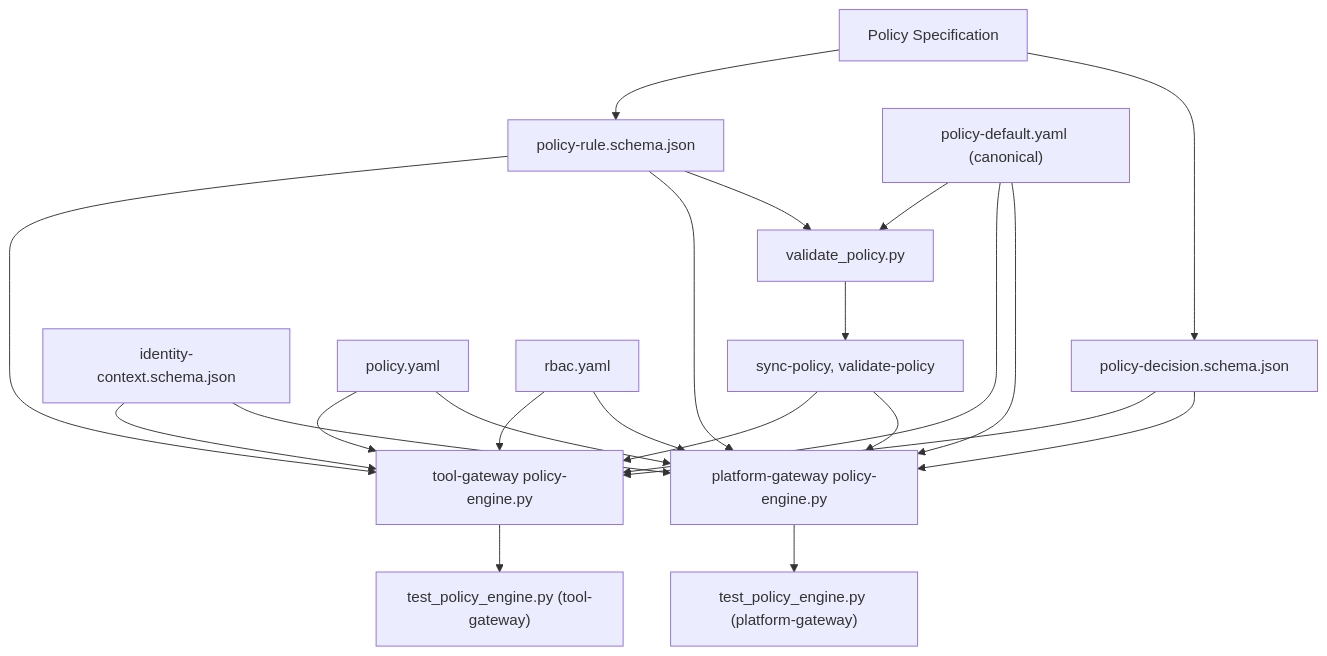
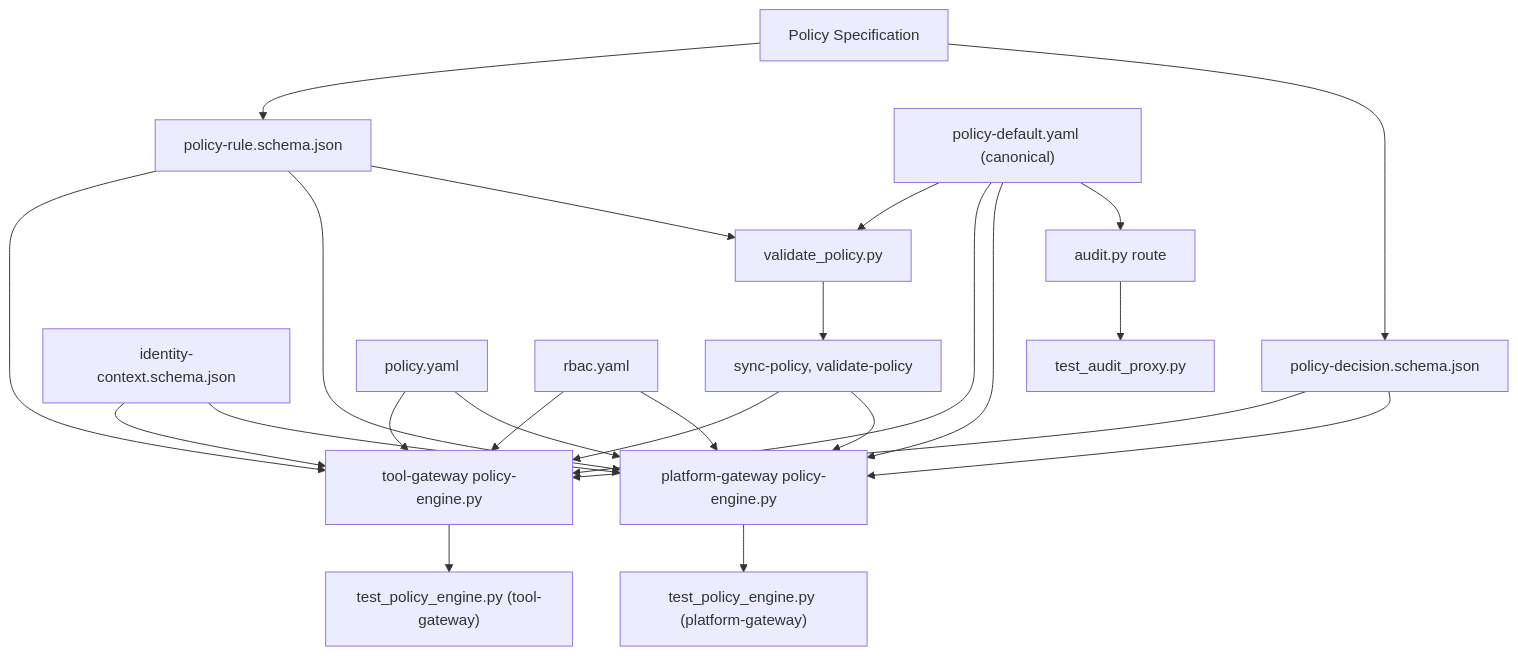
Before and after one commit to metasync/luban-aiops: the fifth of 5 diagrams in .qoder/repowiki/en/content/Policy Management/Policy Management.md, drawn with Mermaid. The commit also changed other lines of this file and 48 other files, not shown here.

````diff
--- a/.qoder/repowiki/en/content/Policy Management/Policy Management.md
+++ b/.qoder/repowiki/en/content/Policy Management/Policy Management.md
@@ -394,37 +463,41 @@
 ```mermaid
 graph TB
 POLICY_SPEC["Policy Specification"]
 RULE_SCHEMA["policy-rule.schema.json"]
 DECISION_SCHEMA["policy-decision.schema.json"]
 IDENTITY_SCHEMA["identity-context.schema.json"]
 ENGINE_TOOL["tool-gateway policy-engine.py"]
 ENGINE_PLATFORM["platform-gateway policy-engine.py"]
 DEFAULT_YAML["policy-default.yaml (canonical)"]
 TEST_TOOL["test_policy_engine.py (tool-gateway)"]
 TEST_PLATFORM["test_policy_engine.py (platform-gateway)"]
+TEST_AUDIT["test_audit_proxy.py"]
 K8S_POLICY["policy.yaml"]
 K8S_RBAC["rbac.yaml"]
 VALIDATE_SCRIPT["validate_policy.py"]
 MAKEFILE_TARGETS["sync-policy, validate-policy"]
+AUDIT_ROUTE["audit.py route"]
 POLICY_SPEC --> RULE_SCHEMA
 POLICY_SPEC --> DECISION_SCHEMA
 RULE_SCHEMA --> ENGINE_TOOL
 RULE_SCHEMA --> ENGINE_PLATFORM
 RULE_SCHEMA --> VALIDATE_SCRIPT
 DECISION_SCHEMA --> ENGINE_TOOL
 DECISION_SCHEMA --> ENGINE_PLATFORM
 IDENTITY_SCHEMA --> ENGINE_TOOL
 IDENTITY_SCHEMA --> ENGINE_PLATFORM
 DEFAULT_YAML --> VALIDATE_SCRIPT
 DEFAULT_YAML --> ENGINE_TOOL
 DEFAULT_YAML --> ENGINE_PLATFORM
+DEFAULT_YAML --> AUDIT_ROUTE
 VALIDATE_SCRIPT --> MAKEFILE_TARGETS
 MAKEFILE_TARGETS --> ENGINE_TOOL
 MAKEFILE_TARGETS --> ENGINE_PLATFORM
 ENGINE_TOOL --> TEST_TOOL
 ENGINE_PLATFORM --> TEST_PLATFORM
+AUDIT_ROUTE --> TEST_AUDIT
 K8S_POLICY --> ENGINE_TOOL
 K8S_POLICY --> ENGINE_PLATFORM
 K8S_RBAC --> ENGINE_TOOL
 K8S_RBAC --> ENGINE_PLATFORM
 ```
````
